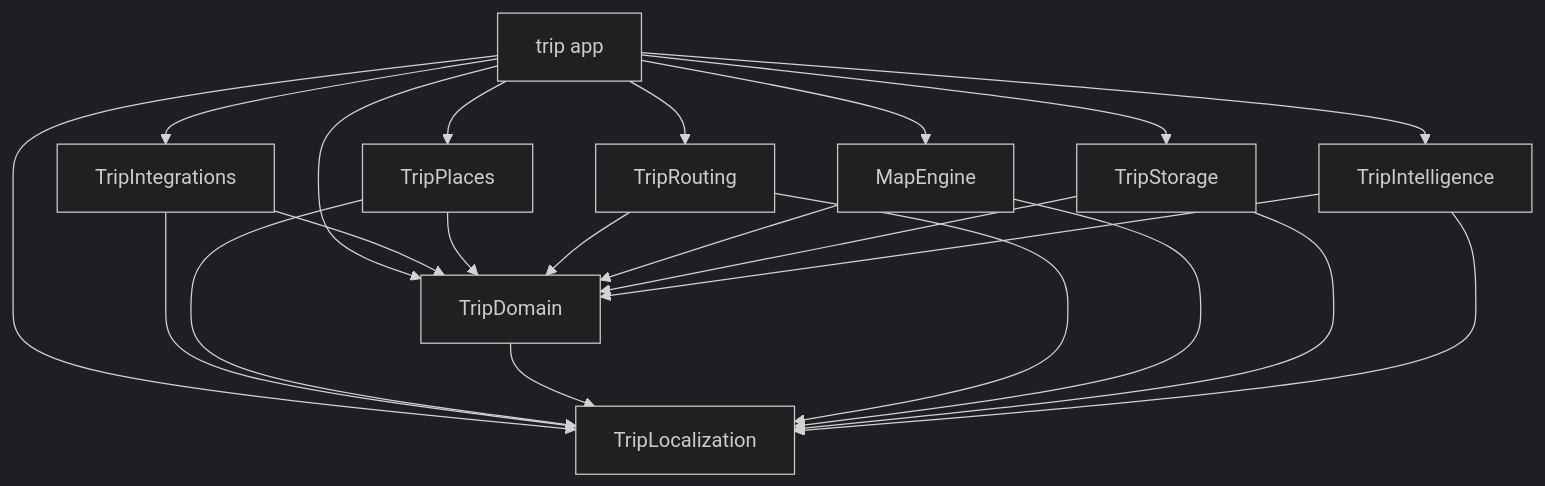
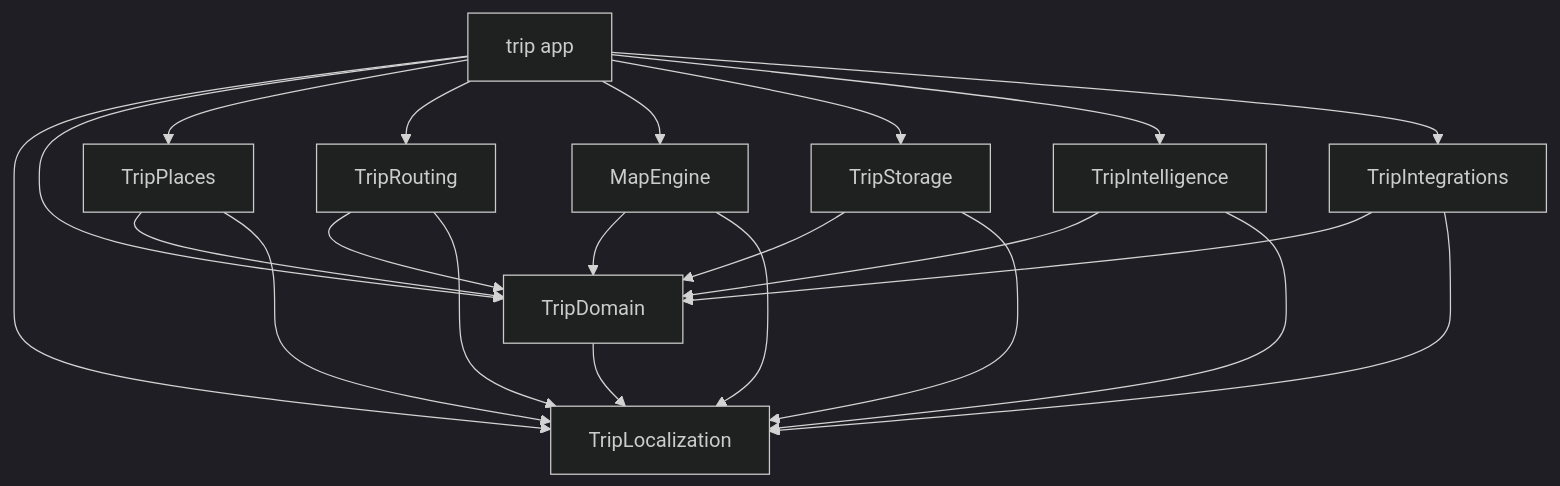
The diagram in ARCHITECTURE.md (yathishbl60/trip), drawn with Mermaid (dark theme) before and after one commit. The commit also changed other lines of this file and 54 other files, not shown here.

````diff
--- a/ARCHITECTURE.md
+++ b/ARCHITECTURE.md
@@ -46,24 +31,24 @@
 ```mermaid
 graph TD
     App[trip app] --> Localization[TripLocalization]
     App --> Domain[TripDomain]
     App --> Places[TripPlaces]
     App --> Routing[TripRouting]
     App --> Map[MapEngine]
     App --> Storage[TripStorage]
     App --> Intelligence[TripIntelligence]
     App --> Integrations[TripIntegrations]
-    Integrations --> Domain
-    Integrations --> Localization
+    Domain --> Localization
     Places --> Domain
     Places --> Localization
     Routing --> Domain
+    Routing --> Localization
     Map --> Domain
+    Map --> Localization
     Storage --> Domain
+    Storage --> Localization
     Intelligence --> Domain
-    Domain --> Localization
-    Routing --> Localization
-    Map --> Localization
-    Storage --> Localization
     Intelligence --> Localization
+    Integrations --> Domain
+    Integrations --> Localization
 ```
````
